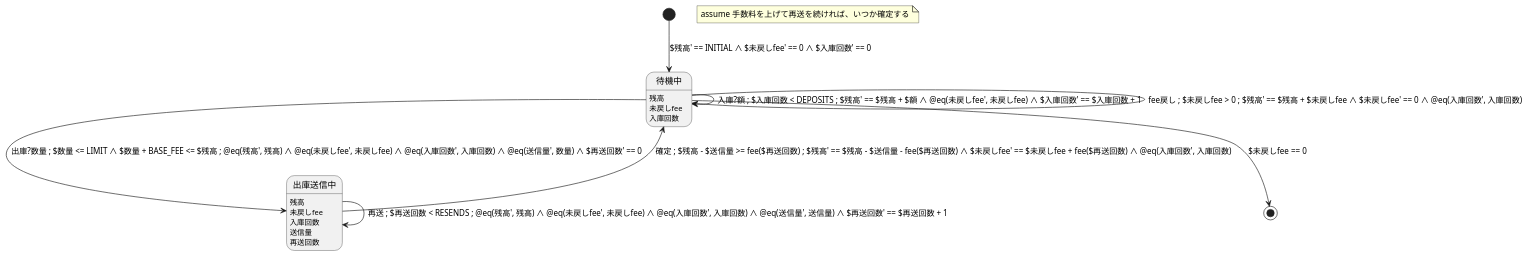
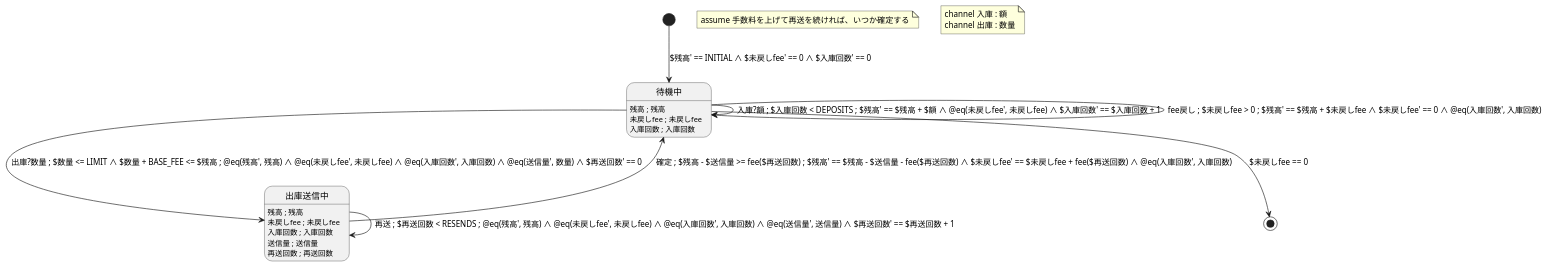
The diagram in examples/bmc/wallet_formal.puml (Kuniwak/puml-parallel), drawn with PlantUML before and after one commit. The commit also changed 73 other files, not shown here.

```diff
--- a/examples/bmc/wallet_formal.puml
+++ b/examples/bmc/wallet_formal.puml
@@ -1,33 +1,37 @@
 @startuml WALLET
 ' A wallet in miniature, one withdrawal at a time, with every atom written in
 ' Python and read through the reference glue. 残高 is the total held in the wallets being checked; the gas
 ' wallet that pays the chain fee is a separate party's and outside it, which
 ' is why a fee return raises 残高 again. wallet_formal_checks.py names the
 ' constants the labels use and holds the domains, ghosts and invariants.
 ' 入庫回数 bounds the scenario, as the resend bound does: without it the
 ' running totals grow without end and the walk only stops at --max-states.
 state "待機中" as idle
-idle : 残高
-idle : 未戻しfee
-idle : 入庫回数
+idle : 残高 ; 残高
+idle : 未戻しfee ; 未戻しfee
+idle : 入庫回数 ; 入庫回数
 state "出庫送信中" as sending
-sending : 残高
-sending : 未戻しfee
-sending : 入庫回数
-sending : 送信量
-sending : 再送回数
+sending : 残高 ; 残高
+sending : 未戻しfee ; 未戻しfee
+sending : 入庫回数 ; 入庫回数
+sending : 送信量 ; 送信量
+sending : 再送回数 ; 再送回数
 
 [*] --> idle : $残高' == INITIAL ∧ $未戻しfee' == 0 ∧ $入庫回数' == 0
 
 idle --> idle : 入庫?額 ; $入庫回数 < DEPOSITS ; $残高' == $残高 + $額 ∧ @eq(未戻しfee', 未戻しfee) ∧ $入庫回数' == $入庫回数 + 1
 idle --> sending : 出庫?数量 ; $数量 <= LIMIT ∧ $数量 + BASE_FEE <= $残高 ; @eq(残高', 残高) ∧ @eq(未戻しfee', 未戻しfee) ∧ @eq(入庫回数', 入庫回数) ∧ @eq(送信量', 数量) ∧ $再送回数' == 0
 sending --> sending : 再送 ; $再送回数 < RESENDS ; @eq(残高', 残高) ∧ @eq(未戻しfee', 未戻しfee) ∧ @eq(入庫回数', 入庫回数) ∧ @eq(送信量', 送信量) ∧ $再送回数' == $再送回数 + 1
 sending --> idle : 確定 ; $残高 - $送信量 >= fee($再送回数) ; $残高' == $残高 - $送信量 - fee($再送回数) ∧ $未戻しfee' == $未戻しfee + fee($再送回数) ∧ @eq(入庫回数', 入庫回数)
 idle --> idle : fee戻し ; $未戻しfee > 0 ; $残高' == $残高 + $未戻しfee ∧ $未戻しfee' == 0 ∧ @eq(入庫回数', 入庫回数)
 ' Resting with nothing in flight is a fine place to end the scenario.
 idle --> [*] : $未戻しfee == 0
 
 note as fair
   assume 手数料を上げて再送を続ければ、いつか確定する
 end note
+note as channels
+  channel 入庫 : 額
+  channel 出庫 : 数量
+end note
 @enduml
```
